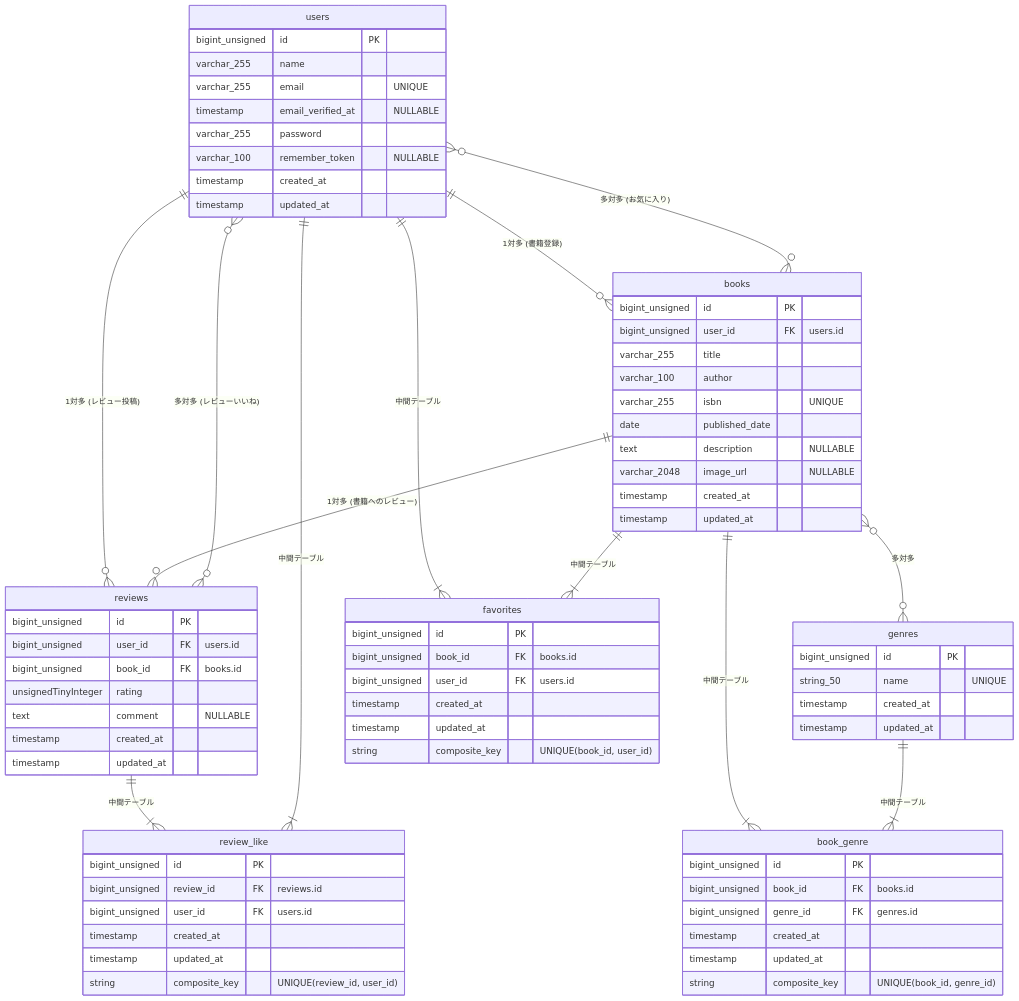
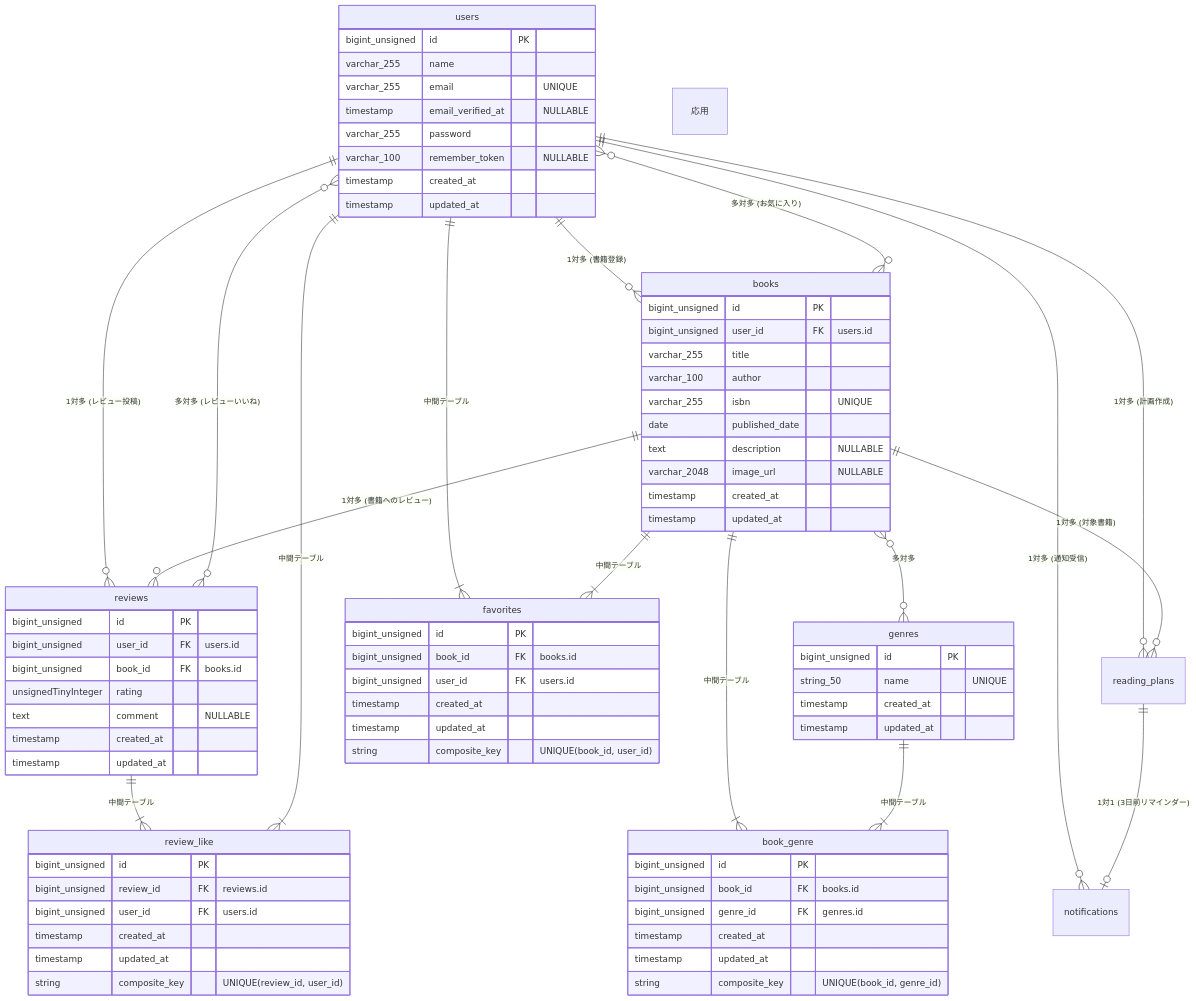
One commit to chonnpi/bookshelf-app changed the diagram in README.md. Above: the diagram before and after it, drawn with Mermaid. The commit also changed 38 other files, not shown here.

```diff
--- a/README.md
+++ b/README.md
@@ -26,6 +26,14 @@
     users }o--o{ books : "多対多 (お気に入り)"
     users ||--|{ favorites : "中間テーブル"
     books ||--|{ favorites : "中間テーブル"
+
+    応用
+
+    users ||--o{ reading_plans : "1対多 (計画作成)"
+    books ||--o{ reading_plans : "1対多 (対象書籍)"
+
+    users ||--o{ notifications : "1対多 (通知受信)"
+    reading_plans ||--o| notifications : "1対1 (3日前リマインダー)"
 
 users {
         bigint_unsigned id PK
```
